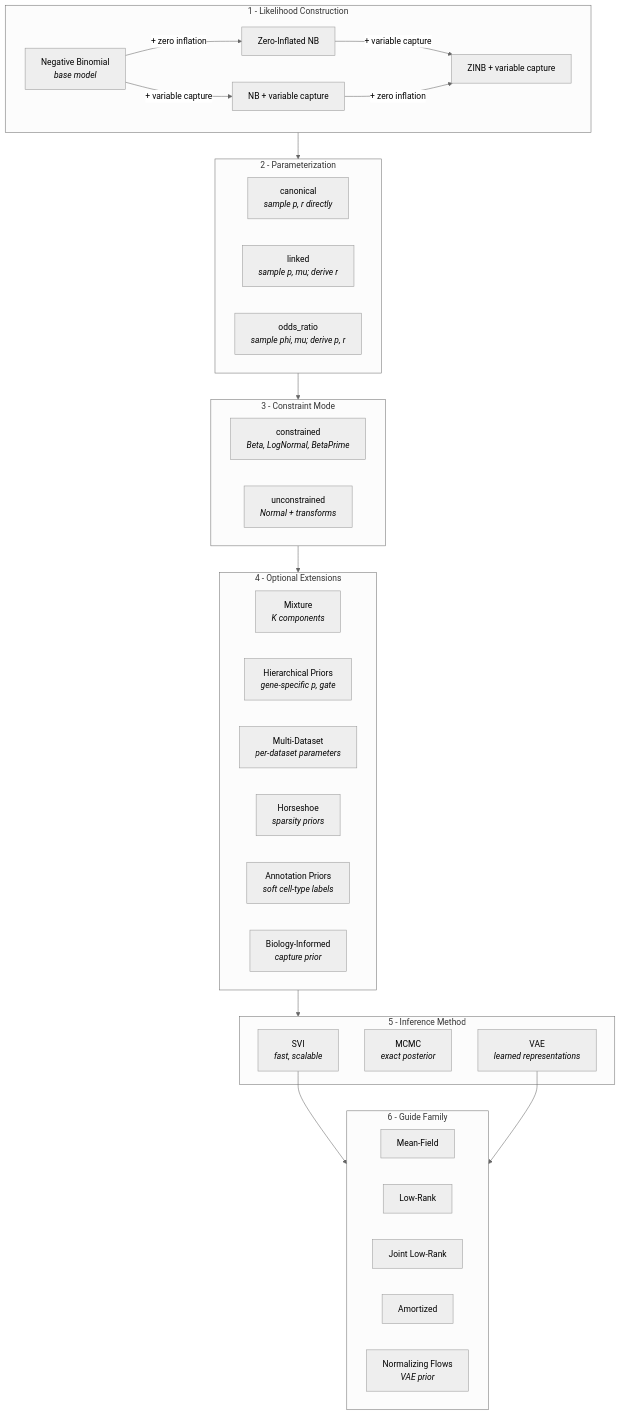
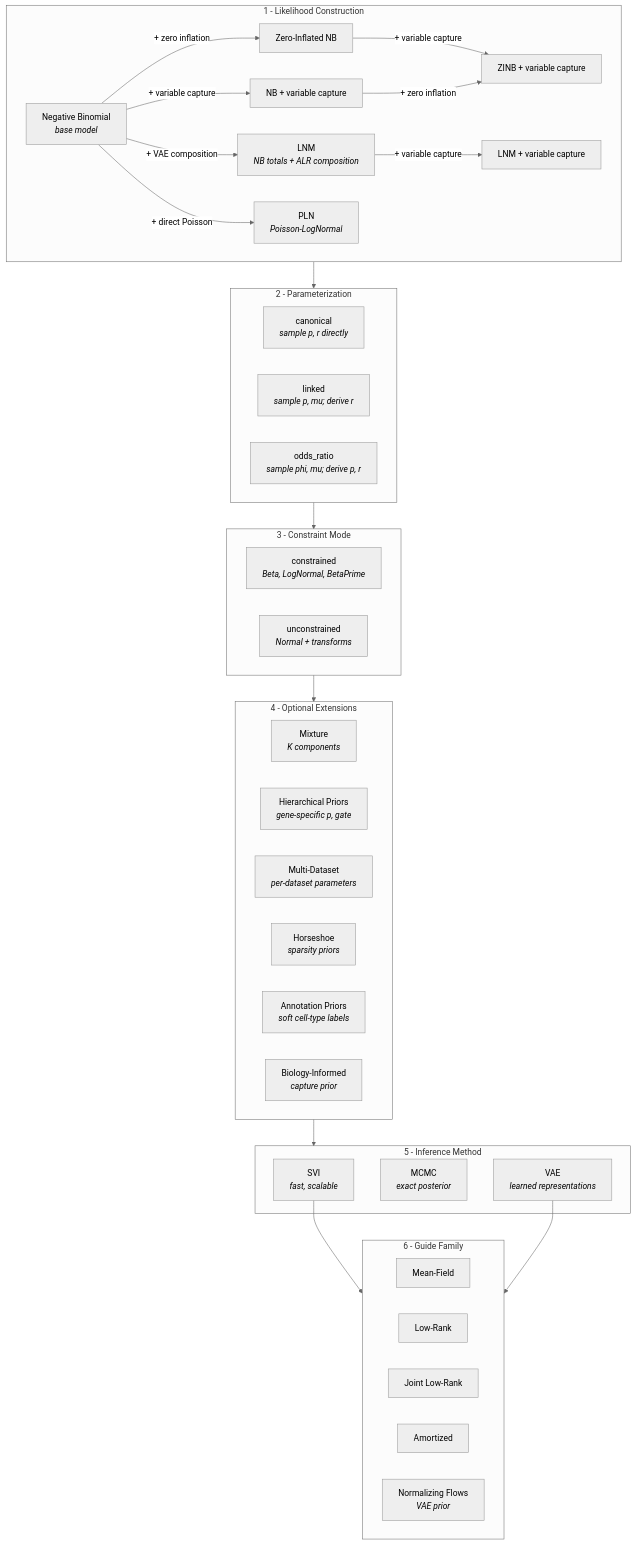
The diagram in README.md (mrazomej/scribe), drawn with Mermaid (neutral theme) before and after one commit. The commit also changed other lines of this file and 28 other files, not shown here.

````diff
--- a/README.md
+++ b/README.md
@@ -72,54 +75,60 @@
 ```mermaid
 graph TD
     subgraph likelihood ["1 - Likelihood Construction"]
         NB["Negative Binomial<br/><i>base model</i>"]
         ZINB["Zero-Inflated NB"]
         NBcapture["NB + variable capture"]
         ZINBcapture["ZINB + variable capture"]
+        LNM["LNM<br/><i>NB totals + ALR composition</i>"]
+        LNMcapture["LNM + variable capture"]
+        PLN["PLN<br/><i>Poisson-LogNormal</i>"]
         NB -->|"+ zero inflation"| ZINB
         NB -->|"+ variable capture"| NBcapture
         ZINB -->|"+ variable capture"| ZINBcapture
         NBcapture -->|"+ zero inflation"| ZINBcapture
+        NB -->|"+ VAE composition"| LNM
+        LNM -->|"+ variable capture"| LNMcapture
+        NB -->|"+ direct Poisson"| PLN
     end
 
     subgraph parameterization ["2 - Parameterization"]
         canonical["canonical<br/><i>sample p, r directly</i>"]
         linked["linked<br/><i>sample p, mu; derive r</i>"]
         oddsRatio["odds_ratio<br/><i>sample phi, mu; derive p, r</i>"]
     end
 
     subgraph constraint ["3 - Constraint Mode"]
         constrained["constrained<br/><i>Beta, LogNormal, BetaPrime</i>"]
         unconstr["unconstrained<br/><i>Normal + transforms</i>"]
     end
 
     subgraph extensions ["4 - Optional Extensions"]
         mixture["Mixture<br/><i>K components</i>"]
         hierarchical["Hierarchical Priors<br/><i>gene-specific p, gate</i>"]
         multiDataset["Multi-Dataset<br/><i>per-dataset parameters</i>"]
         horseshoe["Horseshoe<br/><i>sparsity priors</i>"]
         annotationPrior["Annotation Priors<br/><i>soft cell-type labels</i>"]
         bioCap["Biology-Informed<br/><i>capture prior</i>"]
     end
 
     subgraph infer ["5 - Inference Method"]
         SVI_node["SVI<br/><i>fast, scalable</i>"]
         MCMC_node["MCMC<br/><i>exact posterior</i>"]
         VAE_node["VAE<br/><i>learned representations</i>"]
     end
 
     subgraph guide ["6 - Guide Family"]
         meanField["Mean-Field"]
         lowRank["Low-Rank"]
         jointLowRank["Joint Low-Rank"]
         amortized["Amortized"]
         flows["Normalizing Flows<br/><i>VAE prior</i>"]
     end
 
     likelihood --> parameterization
     parameterization --> constraint
     constraint --> extensions
     extensions --> infer
     SVI_node --> guide
     VAE_node --> guide
 ```
````
